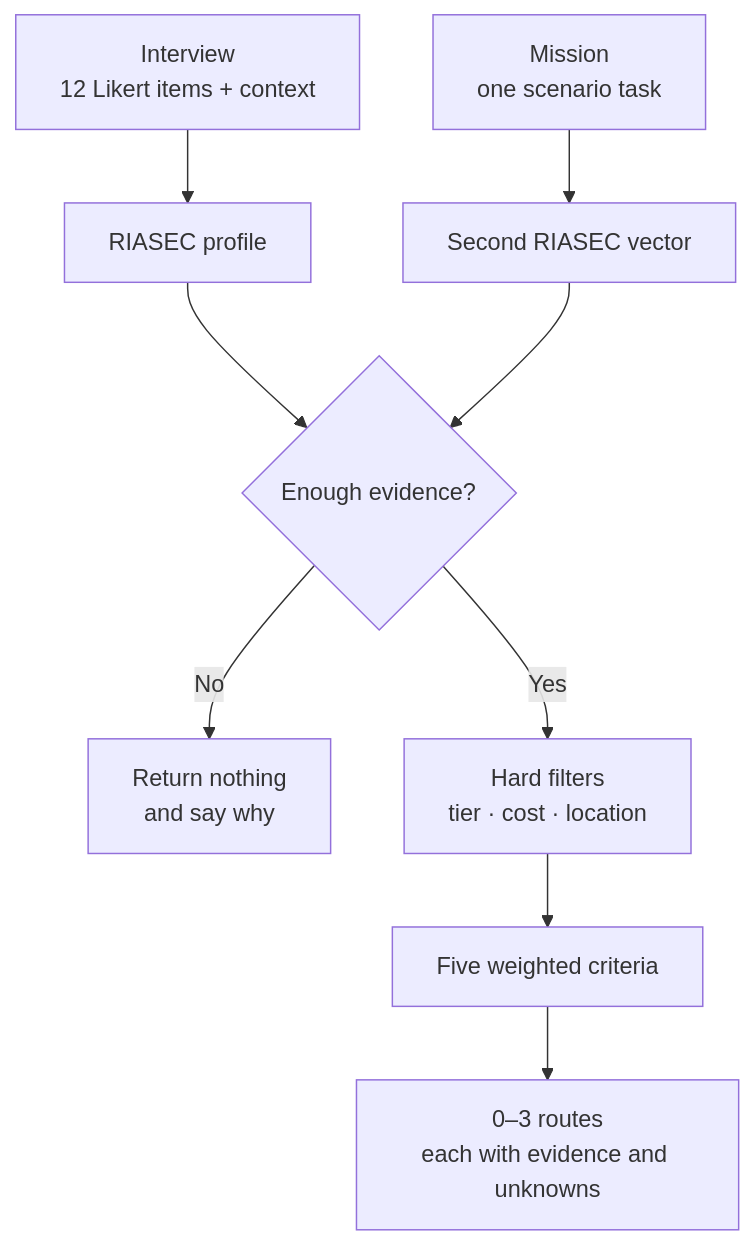
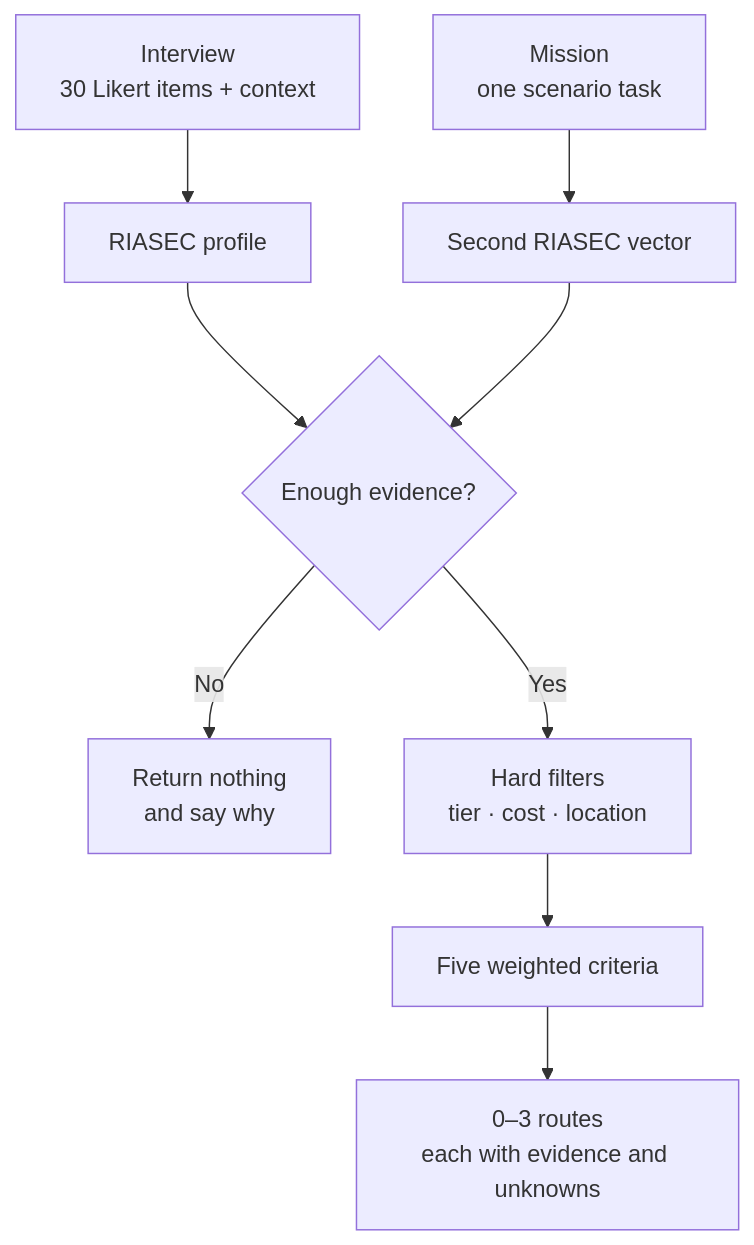
One commit to winxtxrgit/futureme-ai changed the first of 2 diagrams in docs/04-ai-system.md. Above: the diagram before and after it, drawn with Mermaid. The commit also changed other lines of this file and 89 other files, not shown here.

````diff
--- a/docs/04-ai-system.md
+++ b/docs/04-ai-system.md
@@ -41,11 +41,11 @@
 ```mermaid
 flowchart TD
-    A["Interview<br/>12 Likert items + context"] --> B["RIASEC profile"]
+    A["Interview<br/>30 Likert items + context"] --> B["RIASEC profile"]
     C["Mission<br/>one scenario task"] --> D["Second RIASEC vector"]
     B --> E{"Enough evidence?"}
     D --> E
     E -->|No| F["Return nothing<br/>and say why"]
     E -->|Yes| G["Hard filters<br/>tier · cost · location"]
     G --> H["Five weighted criteria"]
     H --> I["0–3 routes<br/>each with evidence and unknowns"]
 ```
````
